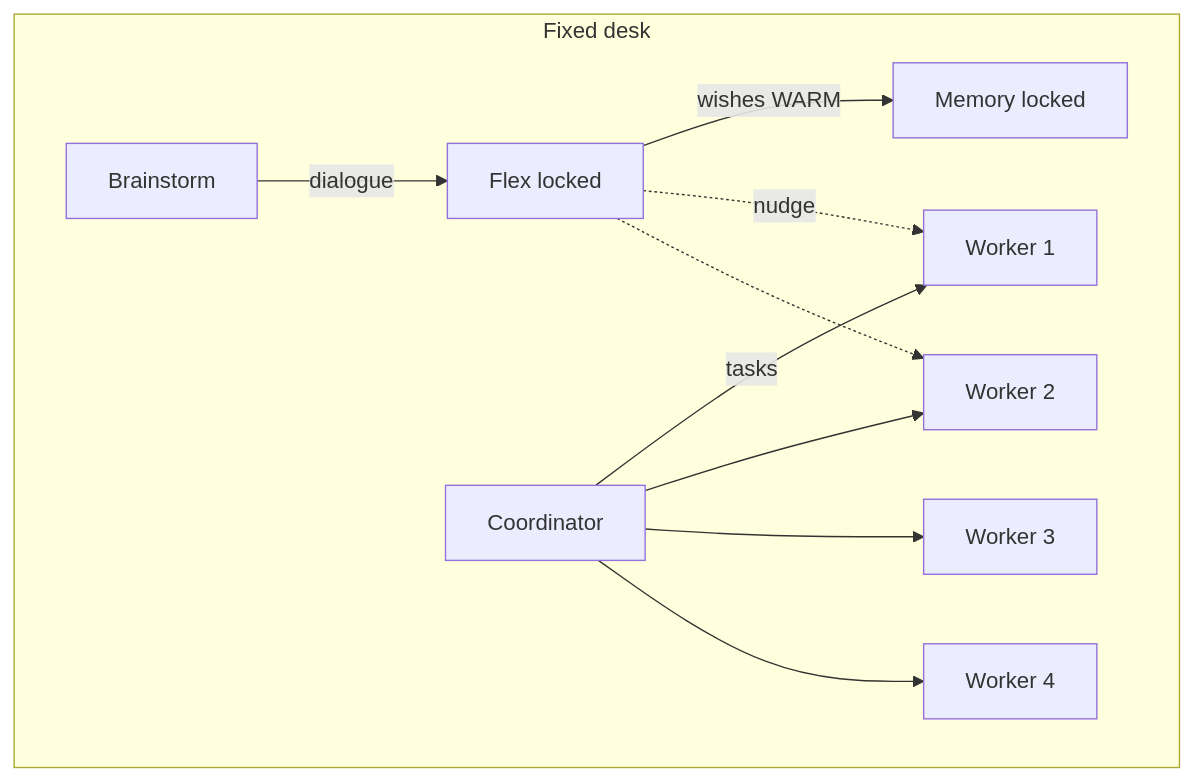
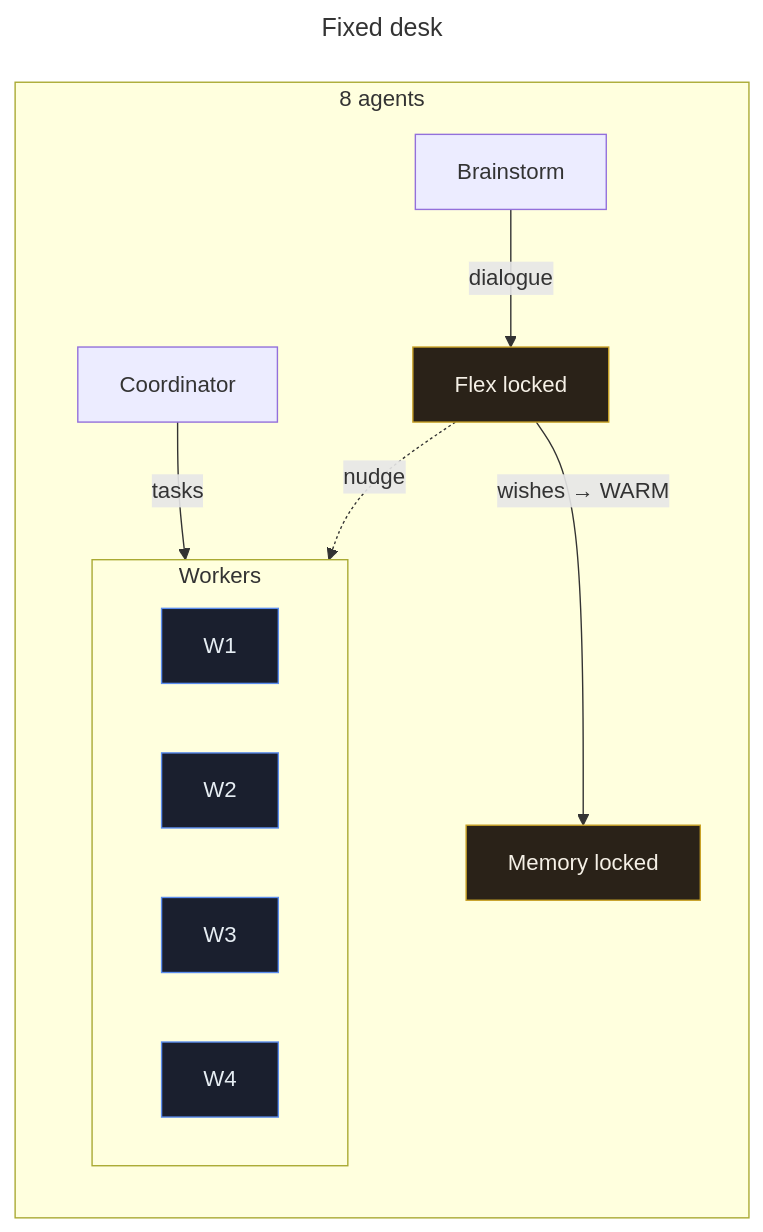
Before and after one commit to landjunge/gnom-hub-v1: the fifth of 7 diagrams in docs/ARCHITECTURE.md, drawn with Mermaid. The commit also changed other lines of this file and 3 other files, not shown here.

First line of the commit message:
docs: deepen Mermaid syntax (state, sequence, classDef, guide)

````diff
--- a/docs/ARCHITECTURE.md
+++ b/docs/ARCHITECTURE.md
@@ -121,21 +180,30 @@
 ```mermaid
+---
+title: Fixed desk
+---
 flowchart TB
-  subgraph Desk["Fixed desk"]
+  subgraph Desk["8 agents"]
+    direction TB
     B[Brainstorm]
     M[Memory locked]
     F[Flex locked]
     C[Coordinator]
-    W1[Worker 1]
-    W2[Worker 2]
-    W3[Worker 3]
-    W4[Worker 4]
+    subgraph Workers["Workers"]
+      direction LR
+      W1[W1]
+      W2[W2]
+      W3[W3]
+      W4[W4]
+    end
   end
-  B -->|dialogue| F
-  F -->|wishes WARM| M
-  C -->|tasks| W1
-  C --> W2
-  C --> W3
-  C --> W4
-  F -.->|nudge| W1
-  F -.-> W2
+
+  B -->|"dialogue"| F
+  F -->|"wishes → WARM"| M
+  C -->|"tasks"| Workers
+  F -.->|"nudge"| Workers
+
+  classDef locked fill:#2a2218,stroke:#c9a227,color:#f5f0e6
+  classDef work fill:#1a1f2e,stroke:#5b8def,color:#e6edf3
+  class M,F locked
+  class W1,W2,W3,W4 work
 ```
````
